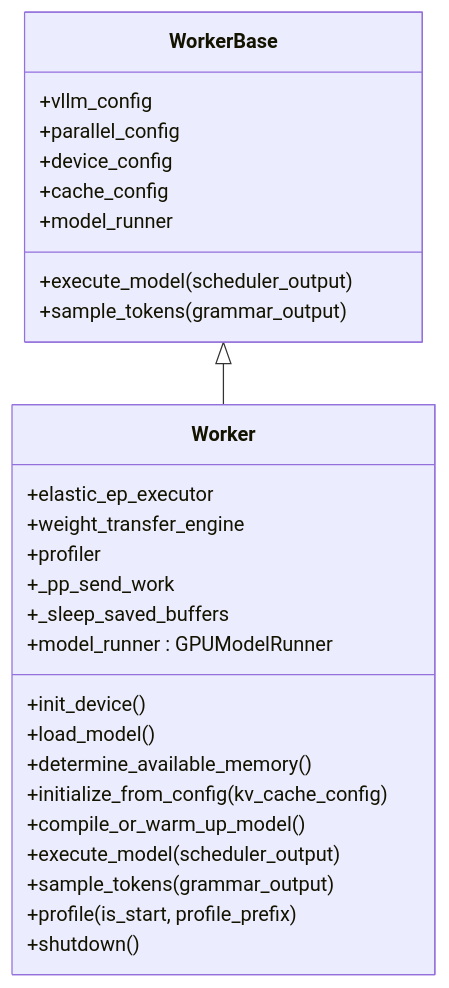
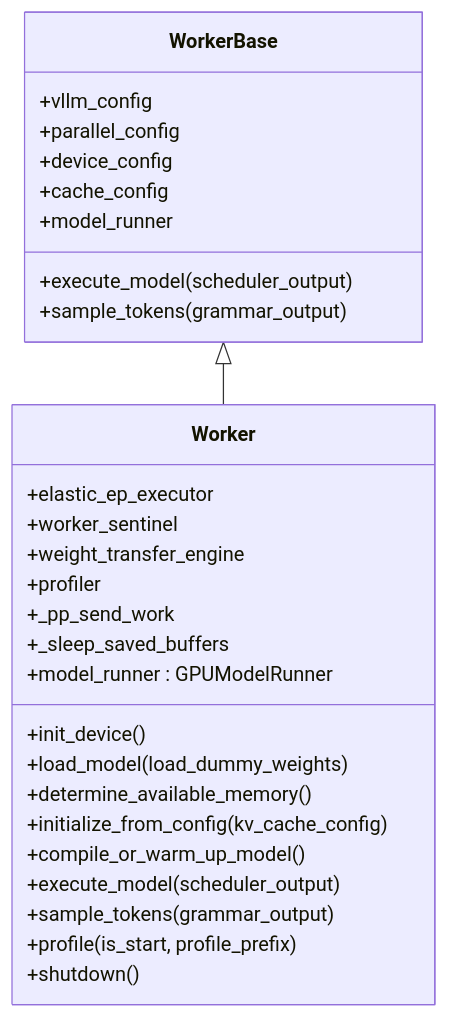
One commit to learning-sketch/wiki changed the first of 2 diagrams in vllm/entities/GPUWorker.md. Above: the diagram before and after it, drawn with Mermaid. The commit also changed other lines of this file and 1 other file, not shown here.

````diff
--- a/vllm/entities/GPUWorker.md
+++ b/vllm/entities/GPUWorker.md
@@ -37,30 +37,31 @@
 ```mermaid
 classDiagram
     class WorkerBase {
         +vllm_config
         +parallel_config
         +device_config
         +cache_config
         +model_runner
         +execute_model(scheduler_output)
         +sample_tokens(grammar_output)
     }
     class Worker {
         +elastic_ep_executor
+        +worker_sentinel
         +weight_transfer_engine
         +profiler
         +_pp_send_work
         +_sleep_saved_buffers
         +model_runner : GPUModelRunner
         +init_device()
-        +load_model()
+        +load_model(load_dummy_weights)
         +determine_available_memory()
         +initialize_from_config(kv_cache_config)
         +compile_or_warm_up_model()
         +execute_model(scheduler_output)
         +sample_tokens(grammar_output)
         +profile(is_start, profile_prefix)
         +shutdown()
     }
     WorkerBase <|-- Worker
 ```
````
